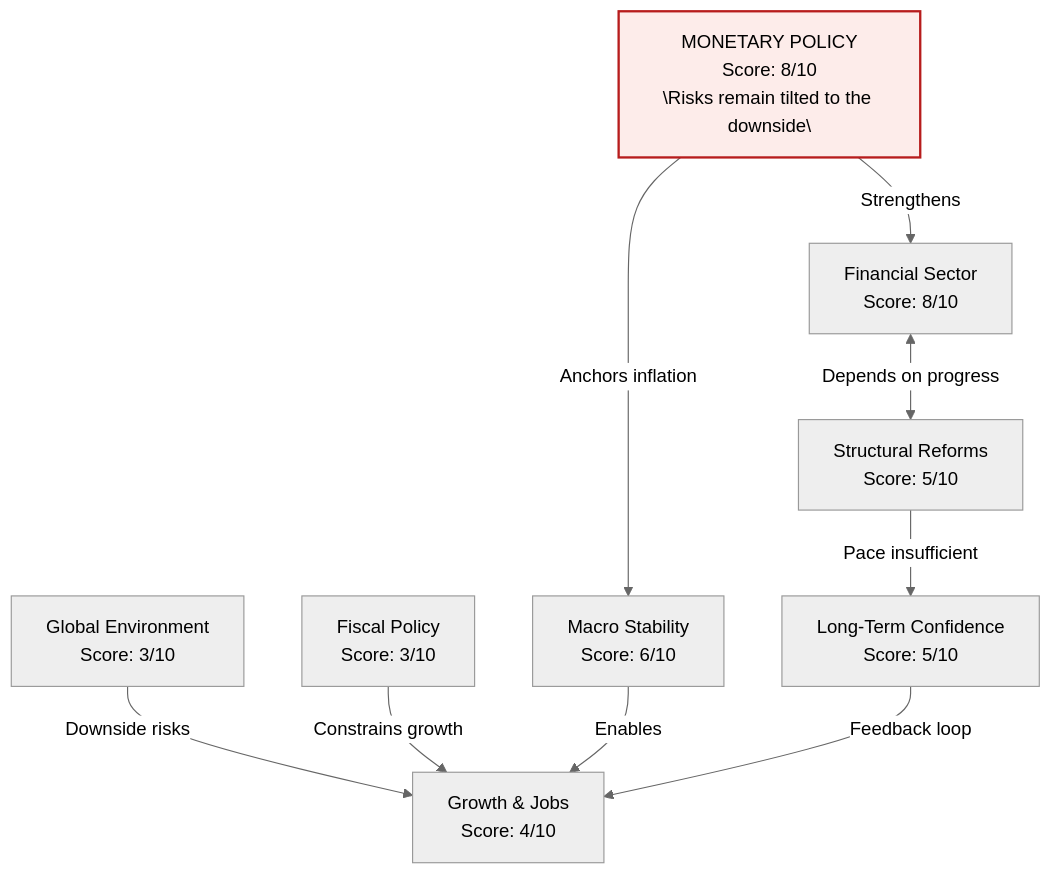
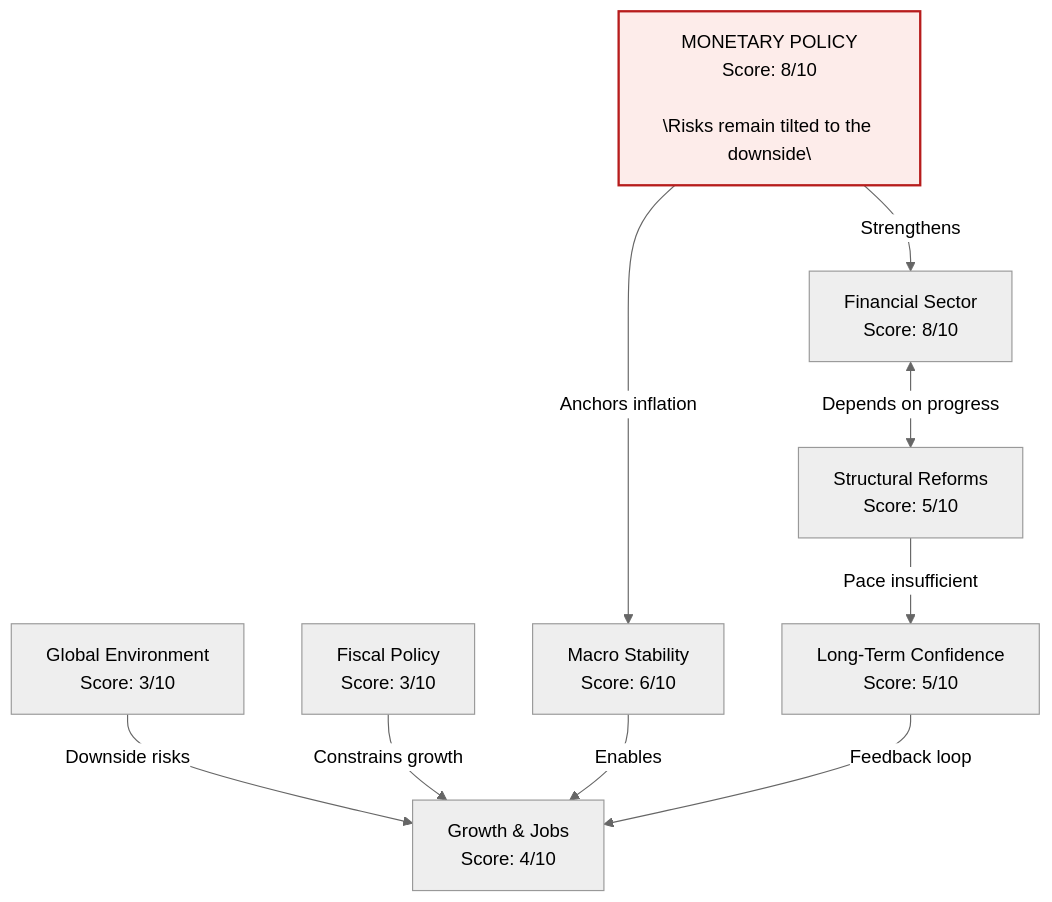
One commit to Tellusant/docs changed the diagram in articles-posts/economic-sentiment-zaf.md. Above: the diagram before and after it, drawn with Mermaid (neutral theme).

```diff
--- a/articles-posts/economic-sentiment-zaf.md
+++ b/articles-posts/economic-sentiment-zaf.md
@@ -11,22 +11,22 @@
 <div class="mermaid">
 flowchart TD
     GE["Global Environment\nScore: 3/10"]
     FP["Fiscal Policy\nScore: 3/10"]
     GJ["Growth & Jobs\nScore: 4/10"]
-    MP["MONETARY POLICY\nScore: 8/10\n\"Risks remain tilted to the downside\""]:::risk
+    MP["MONETARY POLICY\nScore: 8/10\n\n\"Risks remain tilted to the downside\""]:::risk
     MS["Macro Stability\nScore: 6/10"]
     FS["Financial Sector\nScore: 8/10"]
     SR["Structural Reforms\nScore: 5/10"]
     LC["Long-Term Confidence\nScore: 5/10"]
 
     GE -->|Downside risks| GJ
     FP -->|Constrains growth| GJ
     MP -->|Anchors inflation| MS
     MS -->|Enables| GJ
     MP -->|Strengthens| FS
     FS <-->|Depends on progress| SR
     SR -->|Pace insufficient| LC
     LC -->|Feedback loop| GJ
 
     classDef risk fill:#fdecea,stroke:#b71c1c,stroke-width:2px
 </div>
```
